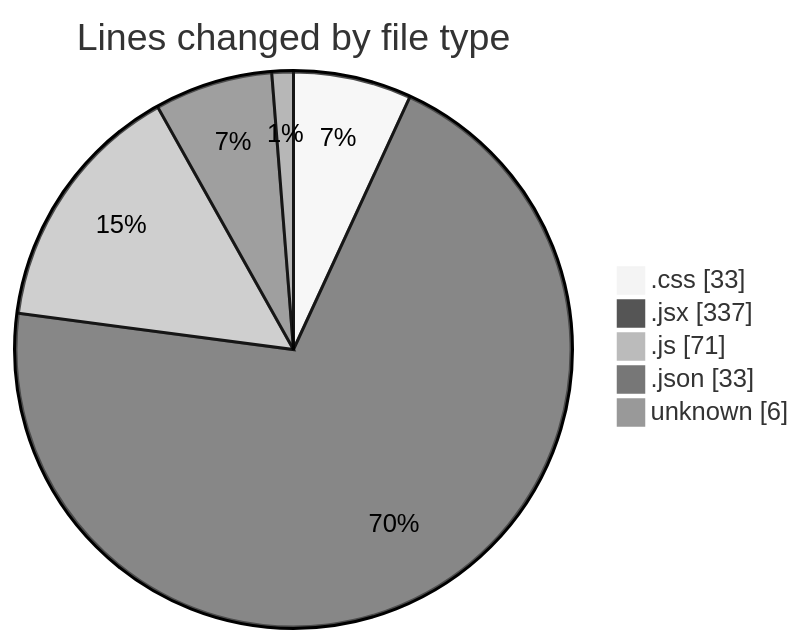
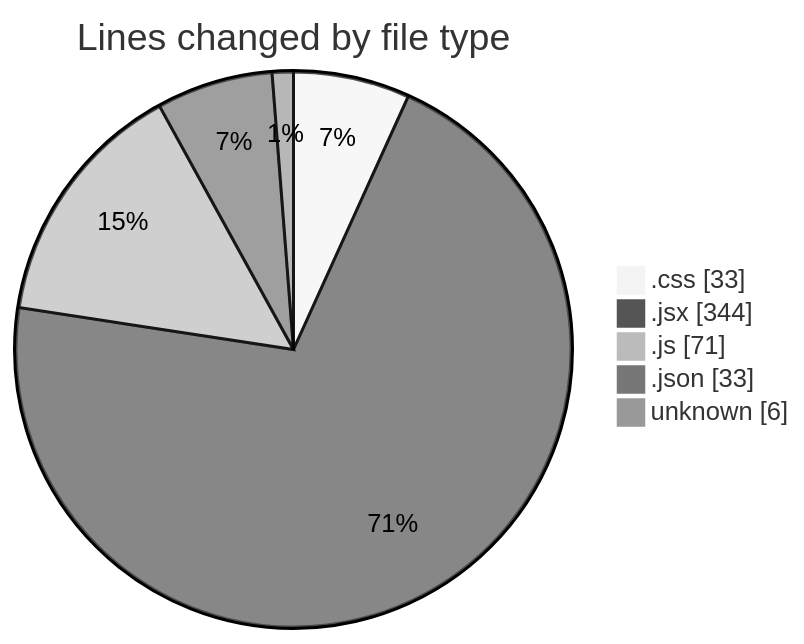
The first of 2 diagrams in 2025-02-14/elitegpt/README.md (Elitesun/code-tracking), drawn with Mermaid (neutral theme) before and after one commit. The commit also changed other lines of this file and 1 other file, not shown here.

````diff
--- a/2025-02-14/elitegpt/README.md
+++ b/2025-02-14/elitegpt/README.md
@@ -32,9 +32,9 @@
 ```mermaid
 pie showData
 title Lines changed by file type
 ".css" : 33
-".jsx" : 337
+".jsx" : 344
 ".js" : 71
 ".json" : 33
 "unknown" : 6
 ```
````
